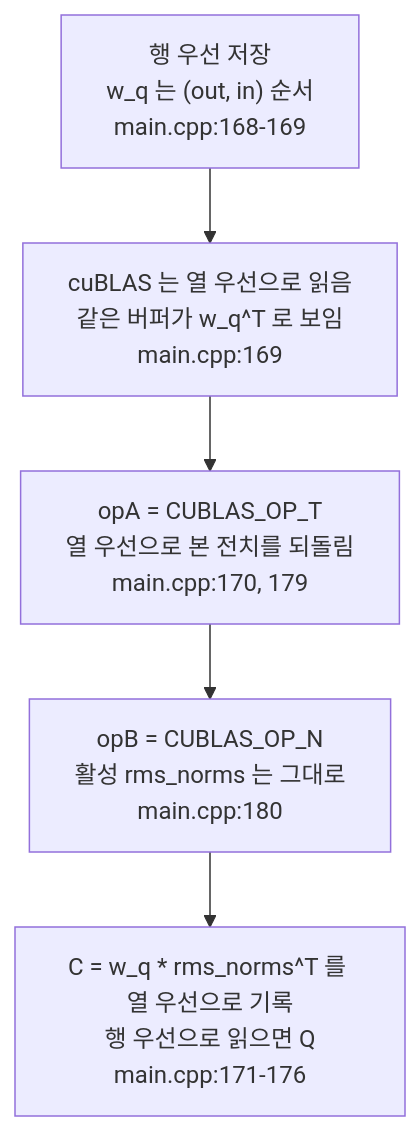
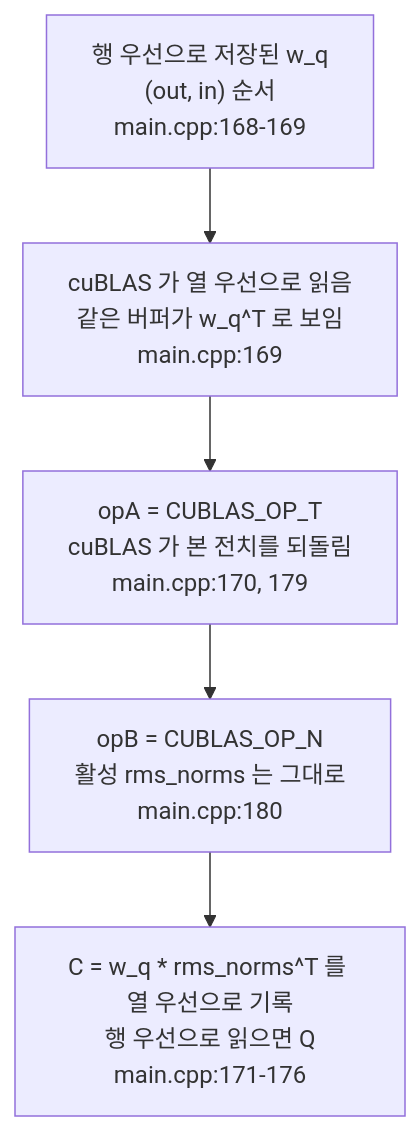
Before and after one commit to ryujaehun/ryujaehun.github.io: the diagram in data/code-series/jmaczan--tiny-vllm/articles/ko-04.md, drawn with Mermaid. The commit also changed other lines of this file and 27 other files, not shown here.

````diff
--- a/data/code-series/jmaczan--tiny-vllm/articles/ko-04.md
+++ b/data/code-series/jmaczan--tiny-vllm/articles/ko-04.md
@@ -215,7 +211,7 @@
 ```mermaid
 flowchart TD
-    A["행 우선 저장<br/>w_q 는 (out, in) 순서<br/>main.cpp:168-169"] --> B["cuBLAS 는 열 우선으로 읽음<br/>같은 버퍼가 w_q^T 로 보임<br/>main.cpp:169"]
-    B --> C["opA = CUBLAS_OP_T<br/>열 우선으로 본 전치를 되돌림<br/>main.cpp:170, 179"]
+    A["행 우선으로 저장된 w_q<br/>(out, in) 순서<br/>main.cpp:168-169"] --> B["cuBLAS 가 열 우선으로 읽음<br/>같은 버퍼가 w_q^T 로 보임<br/>main.cpp:169"]
+    B --> C["opA = CUBLAS_OP_T<br/>cuBLAS 가 본 전치를 되돌림<br/>main.cpp:170, 179"]
     C --> D["opB = CUBLAS_OP_N<br/>활성 rms_norms 는 그대로<br/>main.cpp:180"]
     D --> E["C = w_q * rms_norms^T 를 열 우선으로 기록<br/>행 우선으로 읽으면 Q<br/>main.cpp:171-176"]
 ```
````
